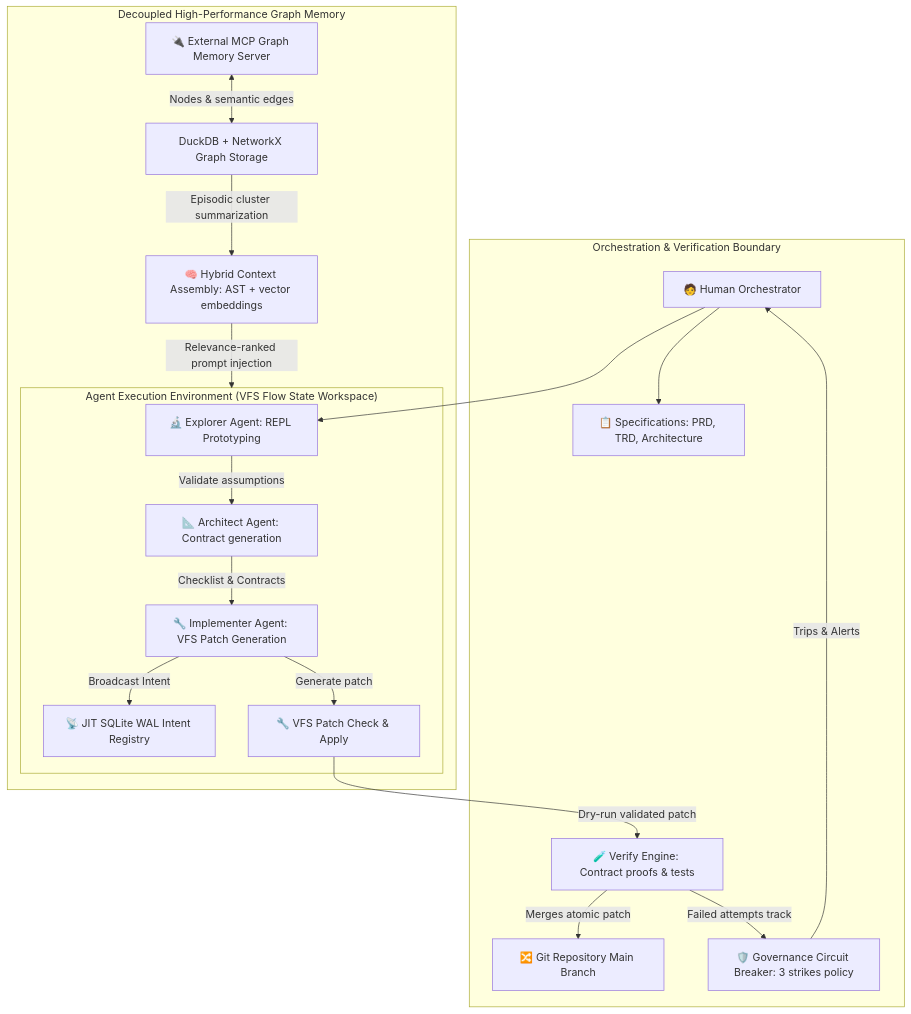
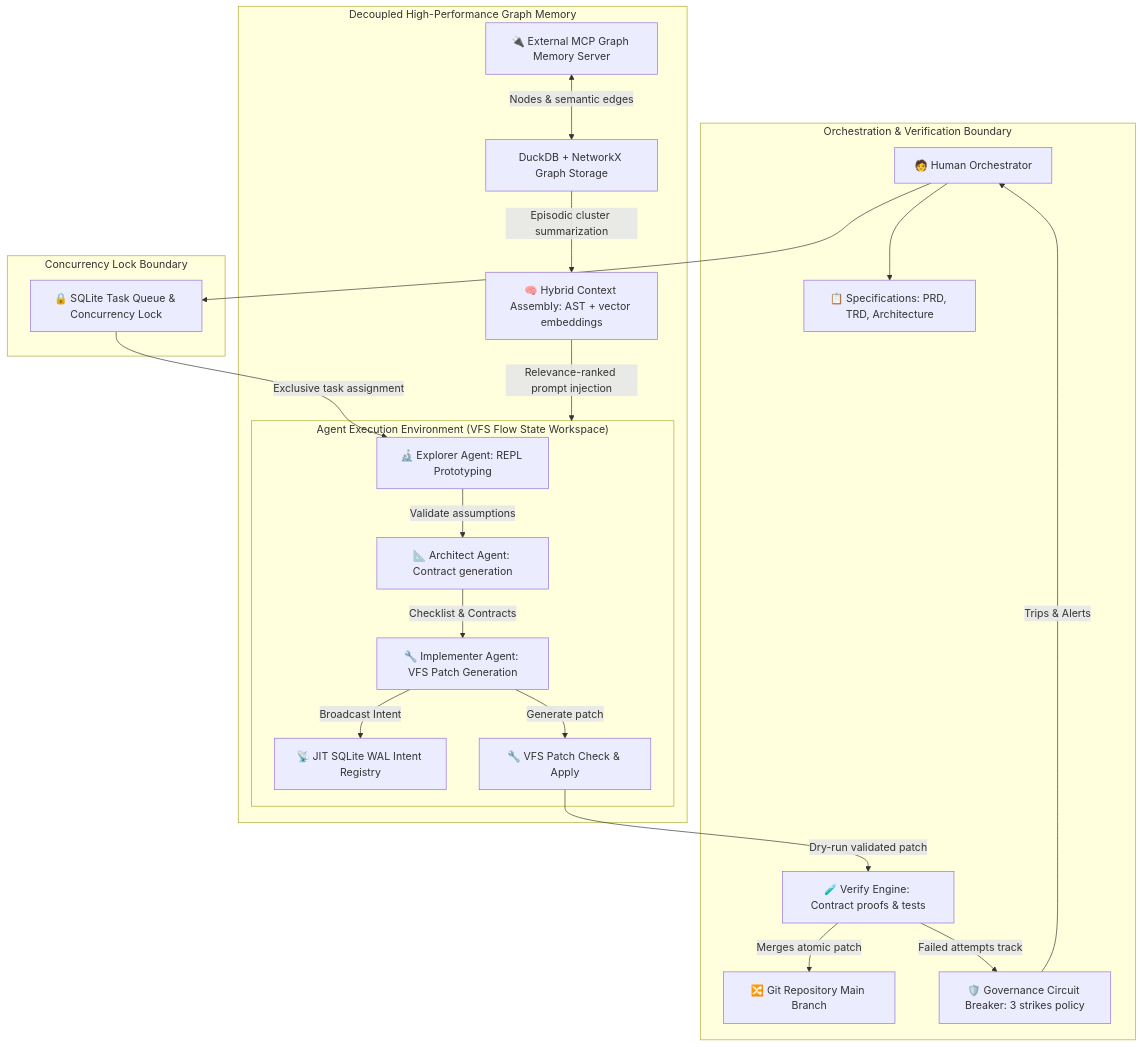
Before and after one commit to VINYASGM/antiskills: the diagram in Architecture.md, drawn with Mermaid. The commit also changed other lines of this file and 12 other files, not shown here.

Commit message:
feat(kernel): implement task queue concurrency locking, github actions ci, and doc alignment

````diff
--- a/Architecture.md
+++ b/Architecture.md
@@ -15,26 +15,31 @@
 ```mermaid
 graph TD
     subgraph ACE["Orchestration & Verification Boundary"]
         H["🧑 Human Orchestrator"]
         H --> SPEC["📋 Specifications: PRD, TRD, Architecture"]
         VERIFY["🧪 Verify Engine: Contract proofs & tests"] -->|Merges atomic patch| GIT_HEAD["🔀 Git Repository Main Branch"]
         GOV["🛡️ Governance Circuit Breaker: 3 strikes policy"] -->|Trips & Alerts| H
     end
 
     subgraph AEE["Agent Execution Environment (VFS Flow State Workspace)"]
         EXPLORER["🔬 Explorer Agent: REPL Prototyping"] -->|Validate assumptions| ARCHITECT["📐 Architect Agent: Contract generation"]
         ARCHITECT -->|Checklist & Contracts| IMPLEMENTER["🔧 Implementer Agent: VFS Patch Generation"]
         IMPLEMENTER -->|Broadcast Intent| INTENT["📡 JIT SQLite WAL Intent Registry"]
         IMPLEMENTER -->|Generate patch| PATCH["🔧 VFS Patch Check & Apply"]
         PATCH -->|Dry-run validated patch| VERIFY
     end
 
     subgraph MEM["Decoupled High-Performance Graph Memory"]
         MCP_GRAPH["🔌 External MCP Graph Memory Server"] <-->|Nodes & semantic edges| DUCK_NX["DuckDB + NetworkX Graph Storage"]
         DUCK_NX -->|Episodic cluster summarization| CONTEXT["🧠 Hybrid Context Assembly: AST + vector embeddings"]
         CONTEXT -->|Relevance-ranked prompt injection| AEE
     end
 
-    H --> EXPLORER
+    subgraph TQ["Concurrency Lock Boundary"]
+        DB_QUEUE["🔒 SQLite Task Queue & Concurrency Lock"]
+    end
+
+    H --> DB_QUEUE
+    DB_QUEUE -->|Exclusive task assignment| EXPLORER
     VERIFY -->|Failed attempts track| GOV
 ```
````
